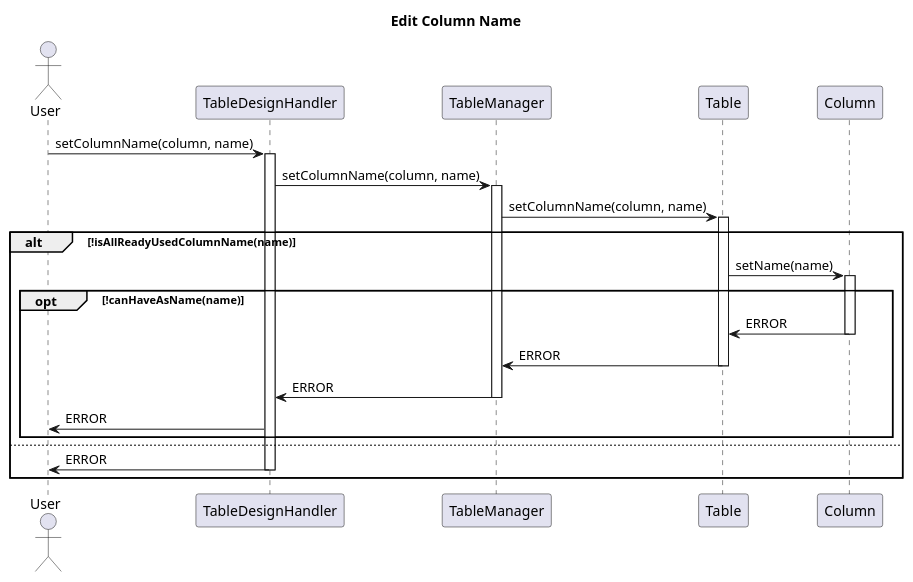
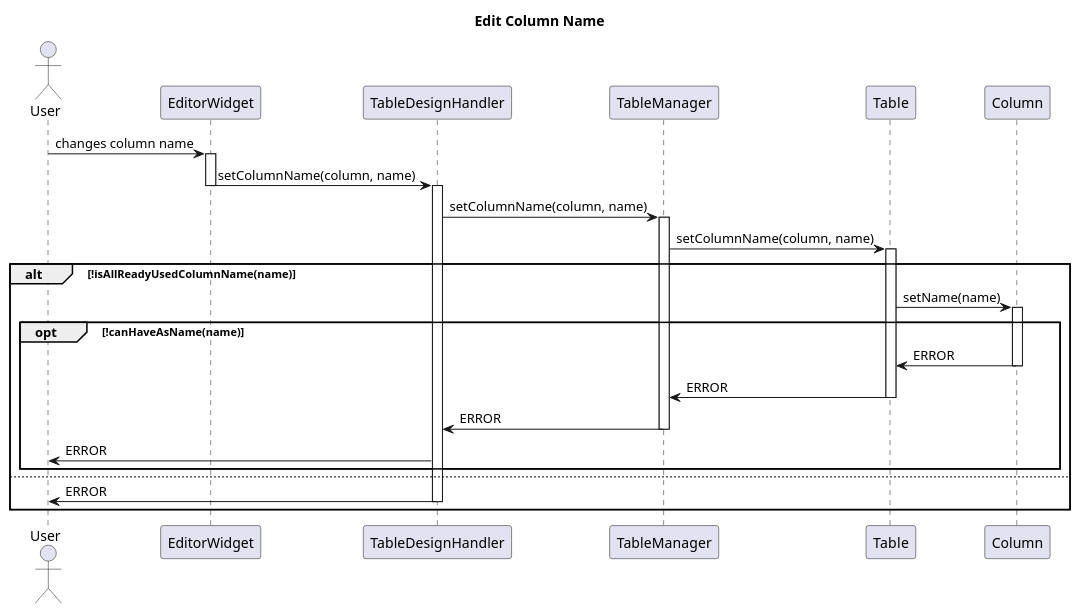
The diagram in diagrams/interactionDiagrams/editColumnName.puml (Bhamoss/softwareOntwerpProject), drawn with PlantUML before and after one commit. The commit also changed 12 other files, not shown here.

Commit message:
diagrams

```diff
--- a/diagrams/interactionDiagrams/editColumnName.puml
+++ b/diagrams/interactionDiagrams/editColumnName.puml
@@ -1,33 +1,36 @@
 @startuml
 title Edit Column Name
 Actor User
 
 
-User -> TableDesignHandler: setColumnName(column, name)
+User -> EditorWidget: changes column name
+activate EditorWidget
+EditorWidget -> TableDesignHandler: setColumnName(column, name)
+deactivate
 activate TableDesignHandler
 TableDesignHandler -> TableManager: setColumnName(column, name)
 activate TableManager
 TableManager -> Table: setColumnName(column, name)
 
 activate Table
 alt !isAllReadyUsedColumnName(name)
     Table -> Column: setName(name)
     activate Column
 
     opt !canHaveAsName(name)
         Column -> Table: ERROR
         deactivate Column
         Table -> TableManager: ERROR
         deactivate Table
         TableManager -> TableDesignHandler: ERROR
         deactivate TableManager
         TableDesignHandler -> User: ERROR
     end
 else
 TableDesignHandler -> User: ERROR
 deactivate TableDesignHandler
 end
 
 
 
 @enduml
```
